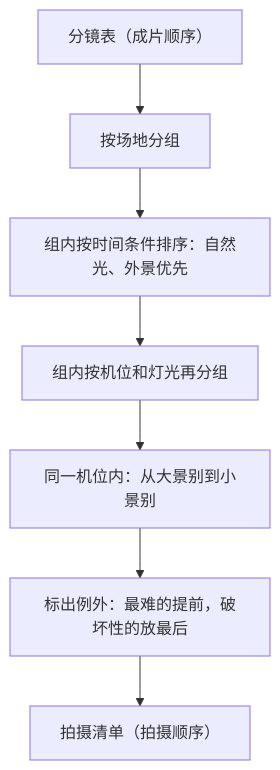
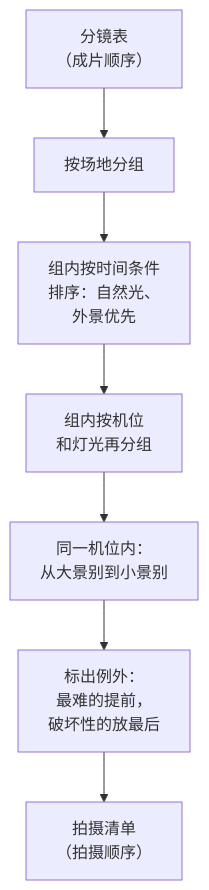
One commit to jarvis-pro/hatch-shelf changed the first of 2 diagrams in books/video-script-storyboard/06-shooting-plan.md. Above: the diagram before and after it, drawn with Mermaid. The commit also changed other lines of this file and 432 other files, not shown here.

````diff
--- a/books/video-script-storyboard/06-shooting-plan.md
+++ b/books/video-script-storyboard/06-shooting-plan.md
@@ -25,9 +25,9 @@
 ```mermaid
 flowchart TD
-  A["分镜表（成片顺序）"] --> B["按场地分组"]
-  B --> C["组内按时间条件排序：自然光、外景优先"]
-  C --> D["组内按机位和灯光再分组"]
-  D --> E["同一机位内：从大景别到小景别"]
-  E --> F["标出例外：最难的提前，破坏性的放最后"]
-  F --> G["拍摄清单（拍摄顺序）"]
+  A["分镜表<br/>（成片顺序）"] --> B["按场地分组"]
+  B --> C["组内按时间条件<br/>排序：自然光、<br/>外景优先"]
+  C --> D["组内按机位<br/>和灯光再分组"]
+  D --> E["同一机位内：<br/>从大景别到小景别"]
+  E --> F["标出例外：<br/>最难的提前，<br/>破坏性的放最后"]
+  F --> G["拍摄清单<br/>（拍摄顺序）"]
 ```
````
